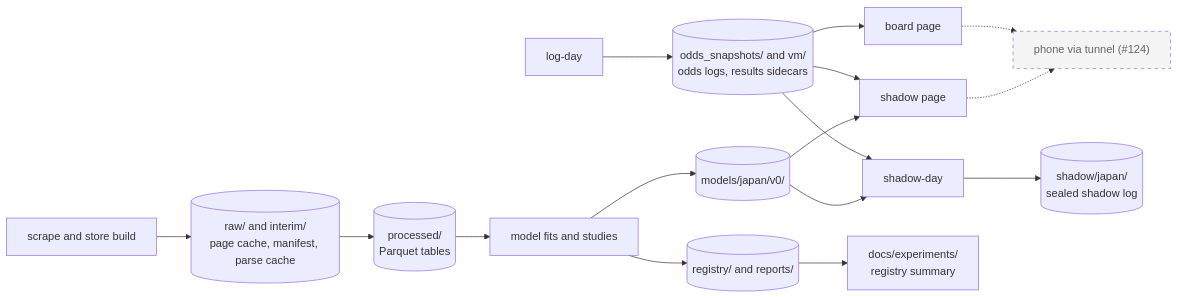
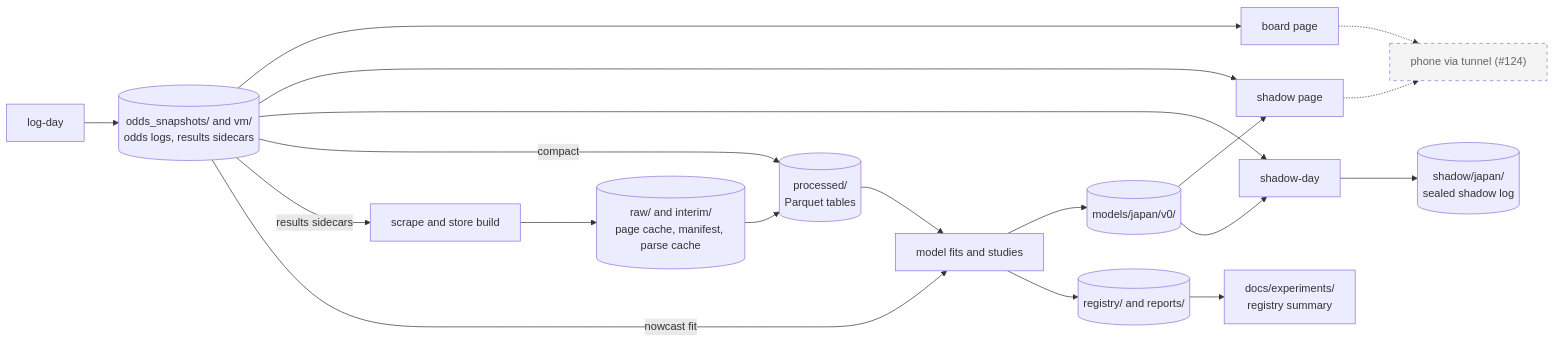
One commit to rjeskuri/HorseTrackBetting changed the second of 7 diagrams in docs/architecture.md. Above: the diagram before and after it, drawn with Mermaid. The commit also changed other lines of this file, not shown here.

First line of the commit message:
Draw the odds-log readers in the architecture (#298)

````diff
--- a/docs/architecture.md
+++ b/docs/architecture.md
@@ -76,30 +76,33 @@
 ```mermaid
 flowchart LR
   logd["log-day"]
   scr["scrape and store build"]
   fits["model fits and studies"]
   shd["shadow-day"]
   raw[("raw/ and interim/<br>page cache, manifest, parse cache")]
   proc[("processed/<br>Parquet tables")]
   odds[("odds_snapshots/ and vm/<br>odds logs, results sidecars")]
   mdl[("models/japan/v0/")]
   shlog[("shadow/japan/<br>sealed shadow log")]
   reg[("registry/ and reports/")]
   board["board page"]
   spage["shadow page"]
   phone["phone via tunnel (#124)"]
   summ["docs/experiments/<br>registry summary"]
   logd --> odds
   scr --> raw --> proc
   proc --> fits --> mdl
   fits --> reg --> summ
   odds --> board
   odds --> spage
   mdl --> spage
   odds --> shd
+  odds -->|"compact"| proc
+  odds -->|"results sidecars"| scr
+  odds -->|"nowcast fit"| fits
   mdl --> shd --> shlog
   board -.-> phone
   spage -.-> phone
   classDef planned stroke-dasharray: 5 5,fill:#f4f4f4,color:#666
   class phone planned
 ```
````
